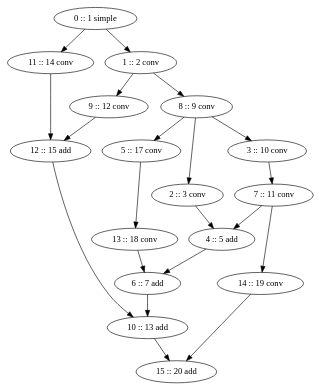
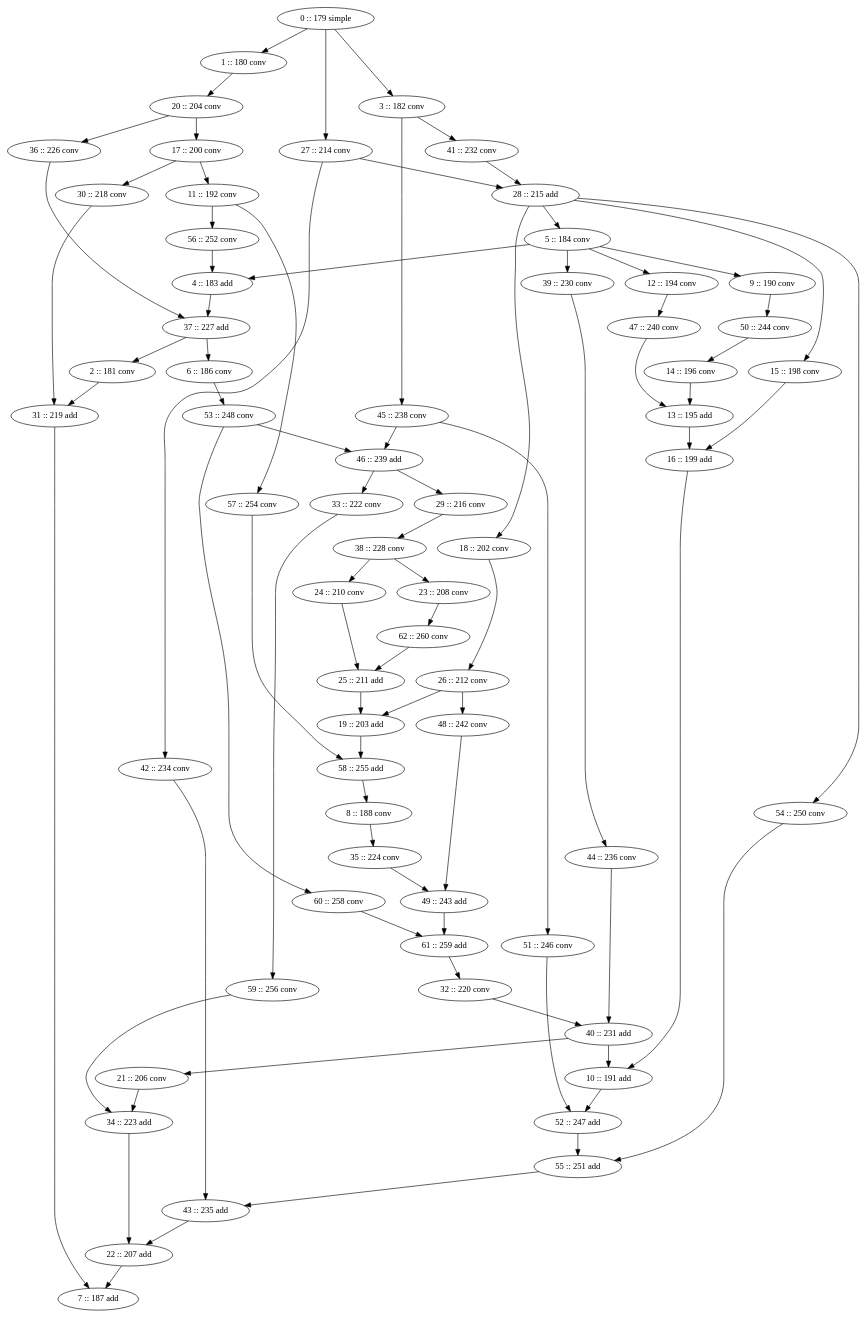
The diagram in arch.gv (pradyumn014/NeuralArchitectureSearch), drawn with Graphviz before and after one commit. The commit also changed 2 other files, not shown here.

```diff
--- a/arch.gv
+++ b/arch.gv
@@ -1,39 +1,148 @@
 // arch.gv
 digraph arch {
-	0 [label="0 :: 1 simple"]
-	1 [label="1 :: 2 conv"]
-	2 [label="2 :: 3 conv"]
-	3 [label="3 :: 10 conv"]
-	4 [label="4 :: 5 add"]
-	5 [label="5 :: 17 conv"]
-	6 [label="6 :: 7 add"]
-	7 [label="7 :: 11 conv"]
-	8 [label="8 :: 9 conv"]
-	9 [label="9 :: 12 conv"]
-	10 [label="10 :: 13 add"]
-	11 [label="11 :: 14 conv"]
-	12 [label="12 :: 15 add"]
-	13 [label="13 :: 18 conv"]
-	14 [label="14 :: 19 conv"]
-	15 [label="15 :: 20 add"]
+	0 [label="0 :: 179 simple"]
+	1 [label="1 :: 180 conv"]
+	2 [label="2 :: 181 conv"]
+	3 [label="3 :: 182 conv"]
+	4 [label="4 :: 183 add"]
+	5 [label="5 :: 184 conv"]
+	6 [label="6 :: 186 conv"]
+	7 [label="7 :: 187 add"]
+	8 [label="8 :: 188 conv"]
+	9 [label="9 :: 190 conv"]
+	10 [label="10 :: 191 add"]
+	11 [label="11 :: 192 conv"]
+	12 [label="12 :: 194 conv"]
+	13 [label="13 :: 195 add"]
+	14 [label="14 :: 196 conv"]
+	15 [label="15 :: 198 conv"]
+	16 [label="16 :: 199 add"]
+	17 [label="17 :: 200 conv"]
+	18 [label="18 :: 202 conv"]
+	19 [label="19 :: 203 add"]
+	20 [label="20 :: 204 conv"]
+	21 [label="21 :: 206 conv"]
+	22 [label="22 :: 207 add"]
+	23 [label="23 :: 208 conv"]
+	24 [label="24 :: 210 conv"]
+	25 [label="25 :: 211 add"]
+	26 [label="26 :: 212 conv"]
+	27 [label="27 :: 214 conv"]
+	28 [label="28 :: 215 add"]
+	29 [label="29 :: 216 conv"]
+	30 [label="30 :: 218 conv"]
+	31 [label="31 :: 219 add"]
+	32 [label="32 :: 220 conv"]
+	33 [label="33 :: 222 conv"]
+	34 [label="34 :: 223 add"]
+	35 [label="35 :: 224 conv"]
+	36 [label="36 :: 226 conv"]
+	37 [label="37 :: 227 add"]
+	38 [label="38 :: 228 conv"]
+	39 [label="39 :: 230 conv"]
+	40 [label="40 :: 231 add"]
+	41 [label="41 :: 232 conv"]
+	42 [label="42 :: 234 conv"]
+	43 [label="43 :: 235 add"]
+	44 [label="44 :: 236 conv"]
+	45 [label="45 :: 238 conv"]
+	46 [label="46 :: 239 add"]
+	47 [label="47 :: 240 conv"]
+	48 [label="48 :: 242 conv"]
+	49 [label="49 :: 243 add"]
+	50 [label="50 :: 244 conv"]
+	51 [label="51 :: 246 conv"]
+	52 [label="52 :: 247 add"]
+	53 [label="53 :: 248 conv"]
+	54 [label="54 :: 250 conv"]
+	55 [label="55 :: 251 add"]
+	56 [label="56 :: 252 conv"]
+	57 [label="57 :: 254 conv"]
+	58 [label="58 :: 255 add"]
+	59 [label="59 :: 256 conv"]
+	60 [label="60 :: 258 conv"]
+	61 [label="61 :: 259 add"]
+	62 [label="62 :: 260 conv"]
 	0 -> 1
-	0 -> 11
-	1 -> 8
-	1 -> 9
-	2 -> 4
-	3 -> 7
-	4 -> 6
-	5 -> 13
-	6 -> 10
-	7 -> 4
-	7 -> 14
-	8 -> 2
-	8 -> 3
-	8 -> 5
-	9 -> 12
-	10 -> 15
-	11 -> 12
-	12 -> 10
-	13 -> 6
-	14 -> 15
+	0 -> 3
+	0 -> 27
+	1 -> 20
+	2 -> 31
+	3 -> 41
+	3 -> 45
+	4 -> 37
+	5 -> 4
+	5 -> 9
+	5 -> 12
+	5 -> 39
+	6 -> 53
+	8 -> 35
+	9 -> 50
+	10 -> 52
+	11 -> 56
+	11 -> 57
+	12 -> 47
+	13 -> 16
+	14 -> 13
+	15 -> 16
+	16 -> 10
+	17 -> 11
+	17 -> 30
+	18 -> 26
+	19 -> 58
+	20 -> 17
+	20 -> 36
+	21 -> 34
+	22 -> 7
+	23 -> 62
+	24 -> 25
+	25 -> 19
+	26 -> 19
+	26 -> 48
+	27 -> 28
+	27 -> 42
+	28 -> 5
+	28 -> 15
+	28 -> 18
+	28 -> 54
+	29 -> 38
+	30 -> 31
+	31 -> 7
+	32 -> 40
+	33 -> 59
+	34 -> 22
+	35 -> 49
+	36 -> 37
+	37 -> 2
+	37 -> 6
+	38 -> 23
+	38 -> 24
+	39 -> 44
+	40 -> 10
+	40 -> 21
+	41 -> 28
+	42 -> 43
+	43 -> 22
+	44 -> 40
+	45 -> 46
+	45 -> 51
+	46 -> 29
+	46 -> 33
+	47 -> 13
+	48 -> 49
+	49 -> 61
+	50 -> 14
+	51 -> 52
+	52 -> 55
+	53 -> 46
+	53 -> 60
+	54 -> 55
+	55 -> 43
+	56 -> 4
+	57 -> 58
+	58 -> 8
+	59 -> 34
+	60 -> 61
+	61 -> 32
+	62 -> 25
 }
```
